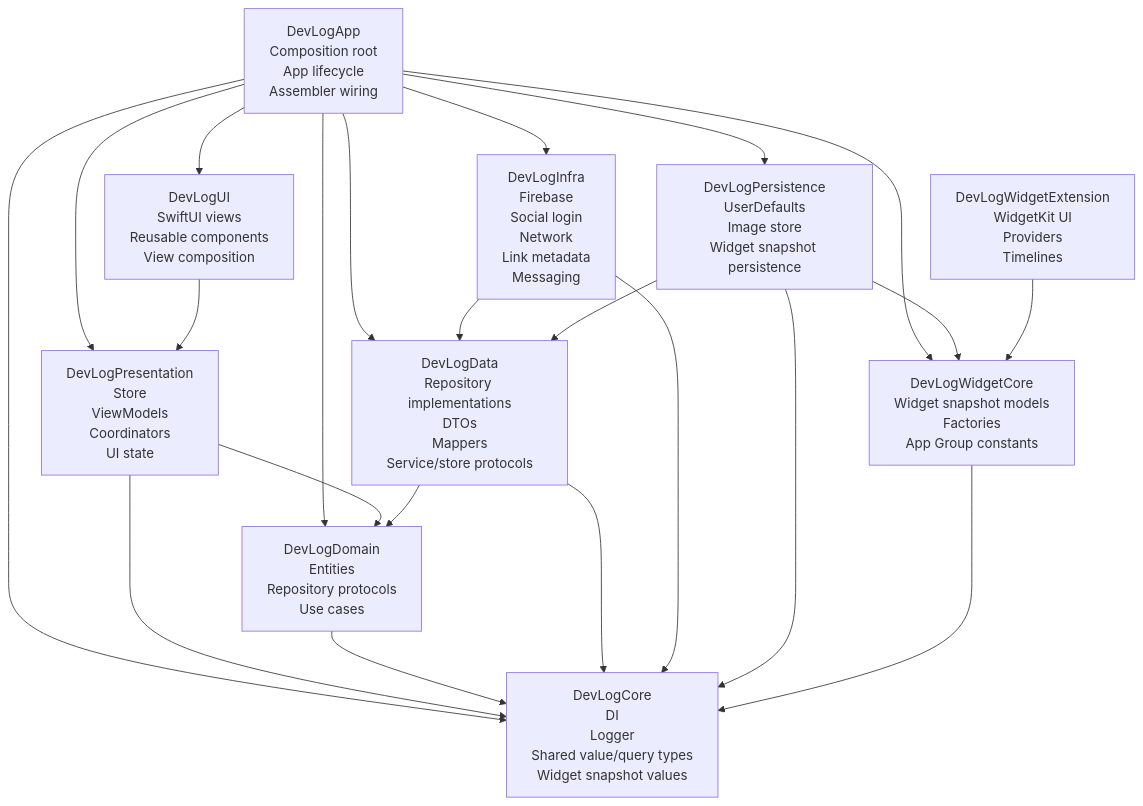
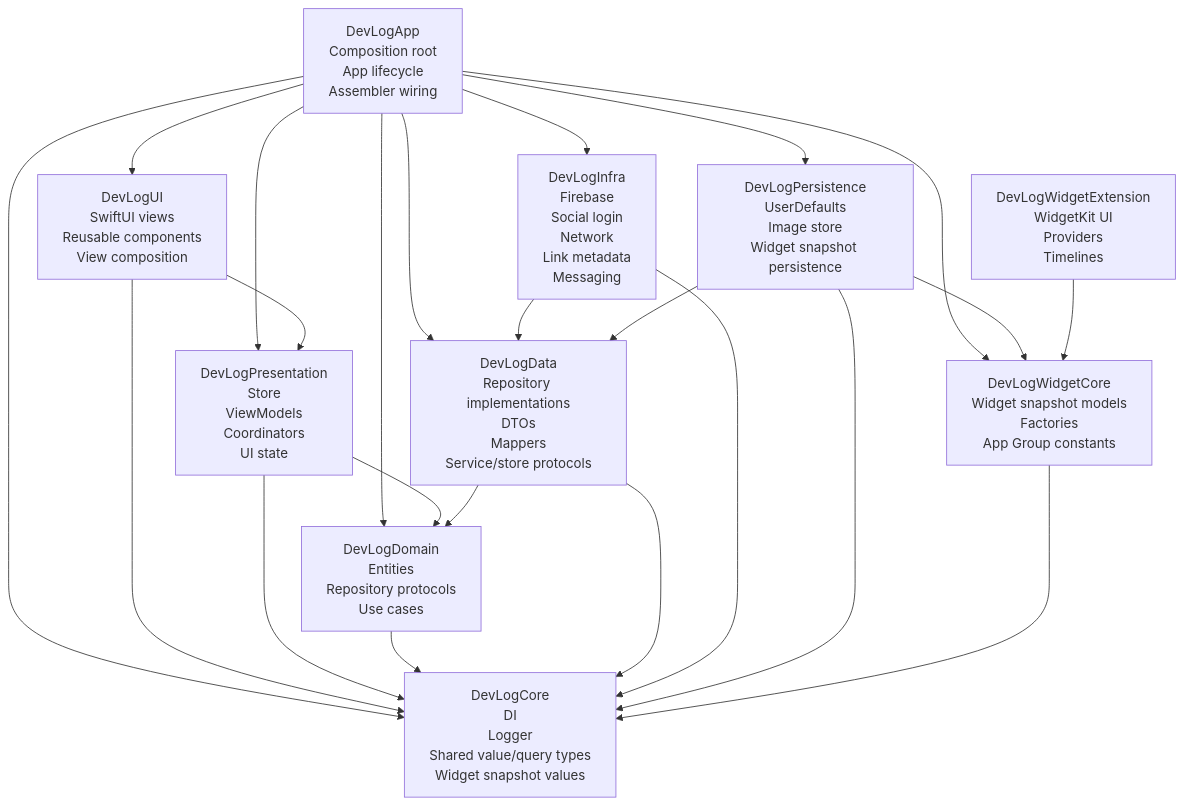
One commit to opficdev/DevLog_iOS changed the third of 9 diagrams in .hermes/skills/devlog-architecture-harness/references/devlog-architecture-flow.md. Above: the diagram before and after it, drawn with Mermaid. The commit also changed other lines of this file and 4 other files, not shown here.

````diff
--- a/.hermes/skills/devlog-architecture-harness/references/devlog-architecture-flow.md
+++ b/.hermes/skills/devlog-architecture-harness/references/devlog-architecture-flow.md
@@ -73,42 +73,43 @@
 ```mermaid
 flowchart TD
 	App["DevLogApp\nComposition root\nApp lifecycle\nAssembler wiring"]
 	UI["DevLogUI\nSwiftUI views\nReusable components\nView composition"]
 	Presentation["DevLogPresentation\nStore\nViewModels\nCoordinators\nUI state"]
 	Domain["DevLogDomain\nEntities\nRepository protocols\nUse cases"]
 	Data["DevLogData\nRepository implementations\nDTOs\nMappers\nService/store protocols"]
 	Infra["DevLogInfra\nFirebase\nSocial login\nNetwork\nLink metadata\nMessaging"]
 	Persistence["DevLogPersistence\nUserDefaults\nImage store\nWidget snapshot persistence"]
 	Core["DevLogCore\nDI\nLogger\nShared value/query types\nWidget snapshot values"]
 	WidgetCore["DevLogWidgetCore\nWidget snapshot models\nFactories\nApp Group constants"]
 	WidgetExtension["DevLogWidgetExtension\nWidgetKit UI\nProviders\nTimelines"]
 
 	App --> Presentation
 	App --> UI
 	App --> Domain
 	App --> Data
 	App --> Infra
 	App --> Persistence
 	App --> Core
 	App --> WidgetCore
 
 	UI --> Presentation
+	UI --> Core
 
 	Presentation --> Domain
 	Presentation --> Core
 
 	Domain --> Core
 
 	Data --> Domain
 	Data --> Core
 
 	Infra --> Data
 	Infra --> Core
 
 	Persistence --> Data
 	Persistence --> Core
 	Persistence --> WidgetCore
 
 	WidgetExtension --> WidgetCore
 	WidgetCore --> Core
 ```
````
